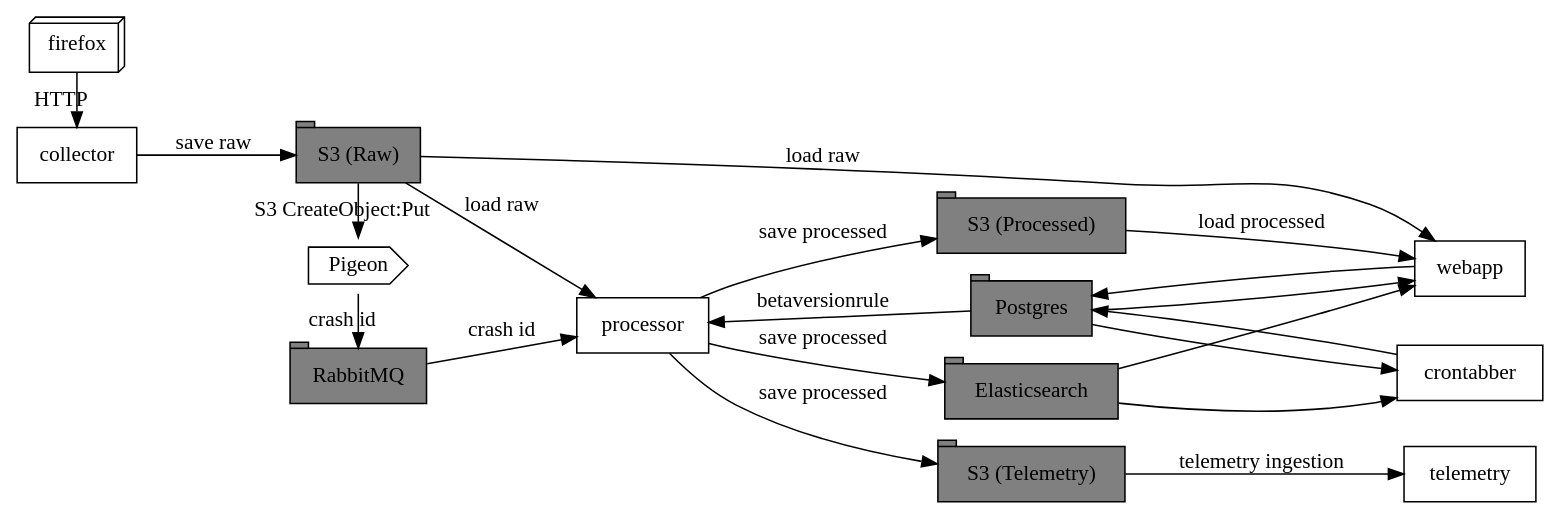
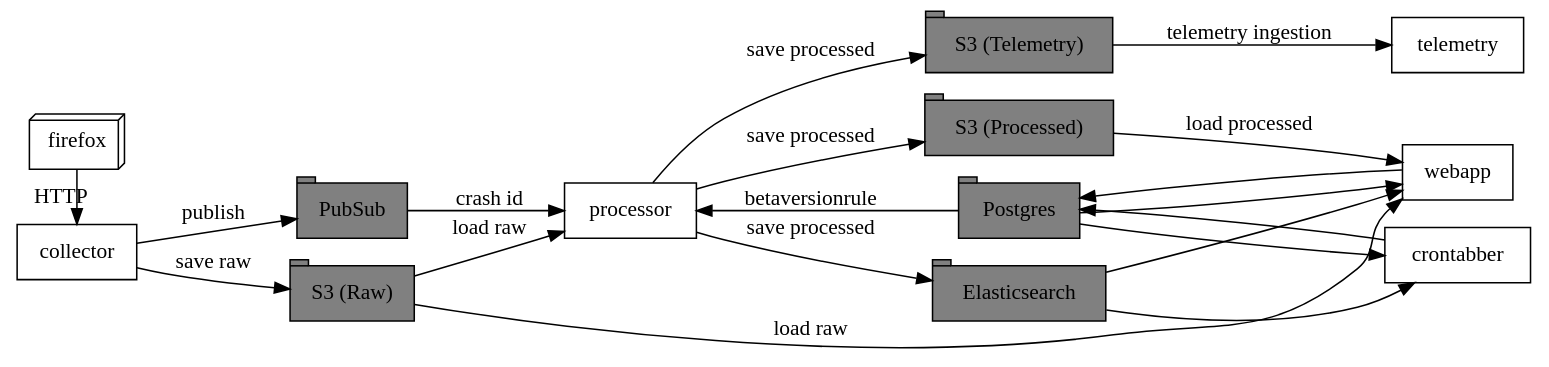
The diagram in docs/overview.rst (mozilla-services/socorro), drawn with Graphviz before and after one commit. The commit also changed other lines of this file and 22 other files, not shown here.

```diff
--- a/docs/overview.rst
+++ b/docs/overview.rst
@@ -19,66 +19,63 @@
 .. graphviz::
 
    digraph G {
       rankdir=LR;
       splines=lines;
 
       subgraph coll {
          rank=same;
 
          client [shape=box3d, label="firefox"];
          collector [shape=rect, label="collector"];
       }
 
       subgraph stores {
          rank=same;
 
          s3raw [shape=tab, label="S3 (Raw)", style=filled, fillcolor=gray];
-         pigeon [shape=cds, label="Pigeon"];
-         rabbitmq [shape=tab, label="RabbitMQ", style=filled, fillcolor=gray];
+         pubsub [shape=tab, label="PubSub", style=filled, fillcolor=gray];
       }
 
       processor [shape=rect, label="processor"];
 
       subgraph stores2 {
          rank=same;
 
          postgres [shape=tab, label="Postgres", style=filled, fillcolor=gray];
          elasticsearch [shape=tab, label="Elasticsearch", style=filled, fillcolor=gray];
          s3telemetry [shape=tab, label="S3 (Telemetry)", style=filled, fillcolor=gray];
          s3processed [shape=tab, label="S3 (Processed)", style=filled, fillcolor=gray];
       }
 
       subgraph processing {
          rank=same;
 
          crontabber [shape=rect, label="crontabber"];
          webapp [shape=rect, label="webapp"];
          telemetry [shape=rect, label="telemetry"];
       }
 
 
-      pigeon -> rabbitmq [label="crash id"];
-      s3raw -> pigeon [label="S3 CreateObject:Put"];
-
       client -> collector [label="HTTP"];
       collector -> s3raw [label="save raw"];
+      collector -> pubsub [label="publish"];
 
-      rabbitmq -> processor [label="crash id"];
+      pubsub -> processor [label="crash id"];
       s3raw -> processor [label="load raw"];
       postgres -> processor [label="betaversionrule"];
       processor -> { s3processed, elasticsearch, s3telemetry } [label="save processed"];
 
       postgres -> webapp;
       webapp -> postgres;
       s3raw -> webapp [label="load raw"];
       s3processed -> webapp [label="load processed"];
       elasticsearch -> webapp;
 
       postgres -> crontabber;
       crontabber -> postgres;
       elasticsearch -> crontabber;
 
       s3telemetry -> telemetry [label="telemetry ingestion"];
 
       { rank=min; client; }
    }
```
